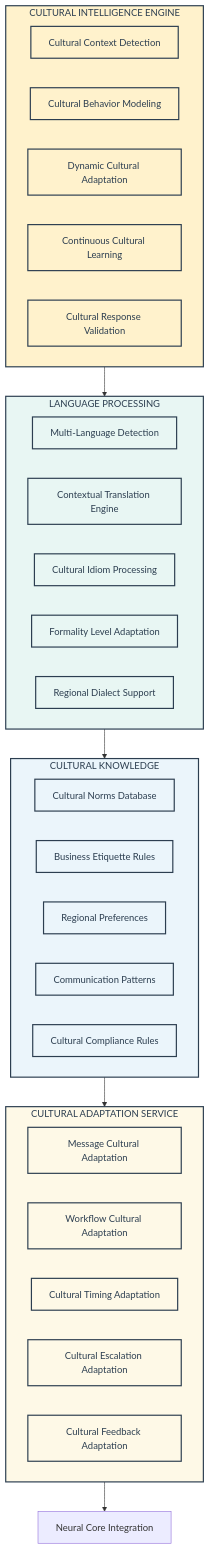
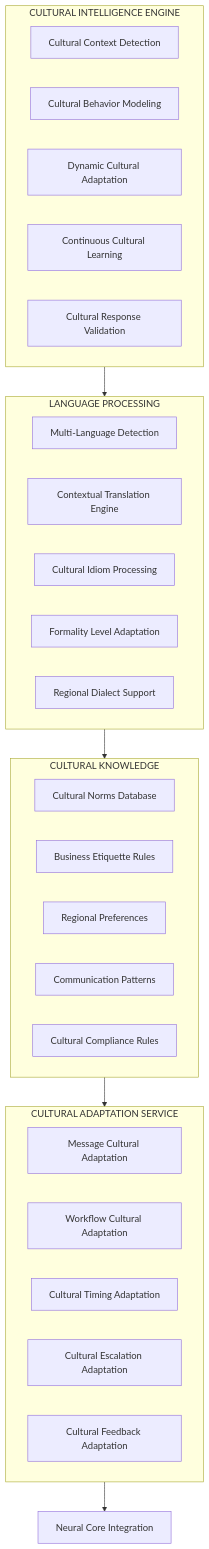
Before and after one commit to ME-ai-agents/docs_prod: the third of 12 diagrams in ME.AI - TDD Year 1 v16.md, drawn with Mermaid. The commit also changed other lines of this file, not shown here.

````diff
--- a/ME.AI - TDD Year 1 v16.md
+++ b/ME.AI - TDD Year 1 v16.md
@@ -229,49 +205,39 @@
 ```mermaid
 flowchart TD
     subgraph CulturalIntelligence["CULTURAL INTELLIGENCE ENGINE"]
         CulturalDetection[Cultural Context Detection]
         CulturalModeling[Cultural Behavior Modeling]
         CulturalAdaptation[Dynamic Cultural Adaptation]
         CulturalLearning[Continuous Cultural Learning]
         CulturalValidation[Cultural Response Validation]
     end
     
     subgraph LanguageProcessing["LANGUAGE PROCESSING"]
         LanguageDetection[Multi-Language Detection]
         ContextualTranslation[Contextual Translation Engine]
         CulturalIdiomHandling[Cultural Idiom Processing]
         FormalityAdaptation[Formality Level Adaptation]
         RegionalDialects[Regional Dialect Support]
     end
     
     subgraph CulturalKnowledge["CULTURAL KNOWLEDGE"]
         CulturalNorms[Cultural Norms Database]
         BusinessEtiquette[Business Etiquette Rules]
         RegionalPreferences[Regional Preferences]
         CulturalCommunicationPatterns[Communication Patterns]
         CulturalComplianceRules[Cultural Compliance Rules]
     end
     
     subgraph CulturalAdaptationService["CULTURAL ADAPTATION SERVICE"]
         MessageAdaptation[Message Cultural Adaptation]
         WorkflowAdaptation[Workflow Cultural Adaptation]
         TimingAdaptation[Cultural Timing Adaptation]
         EscalationAdaptation[Cultural Escalation Adaptation]
         FeedbackAdaptation[Cultural Feedback Adaptation]
     end
     
     CulturalIntelligence --> LanguageProcessing
     LanguageProcessing --> CulturalKnowledge
     CulturalKnowledge --> CulturalAdaptationService
     CulturalAdaptationService --> NeuralCore[Neural Core Integration]
-    
-    classDef culturalIntelStyle fill:#FFF2CC,stroke:#2C3E50,stroke-width:2px,color:#2C3E50
-    classDef languageStyle fill:#E8F6F3,stroke:#2C3E50,stroke-width:2px,color:#2C3E50
-    classDef knowledgeStyle fill:#EBF5FB,stroke:#2C3E50,stroke-width:2px,color:#2C3E50
-    classDef adaptationStyle fill:#FEF9E7,stroke:#2C3E50,stroke-width:2px,color:#2C3E50
-    
-    class CulturalIntelligence,CulturalDetection,CulturalModeling,CulturalAdaptation,CulturalLearning,CulturalValidation culturalIntelStyle
-    class LanguageProcessing,LanguageDetection,ContextualTranslation,CulturalIdiomHandling,FormalityAdaptation,RegionalDialects languageStyle
-    class CulturalKnowledge,CulturalNorms,BusinessEtiquette,RegionalPreferences,CulturalCommunicationPatterns,CulturalComplianceRules knowledgeStyle
-    class CulturalAdaptationService,MessageAdaptation,WorkflowAdaptation,TimingAdaptation,EscalationAdaptation,FeedbackAdaptation adaptationStyle
 ```
````
